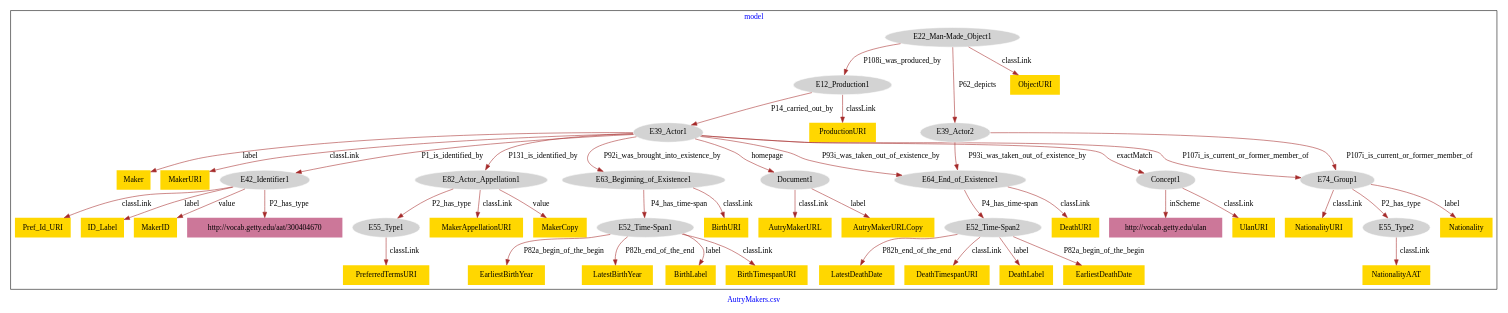
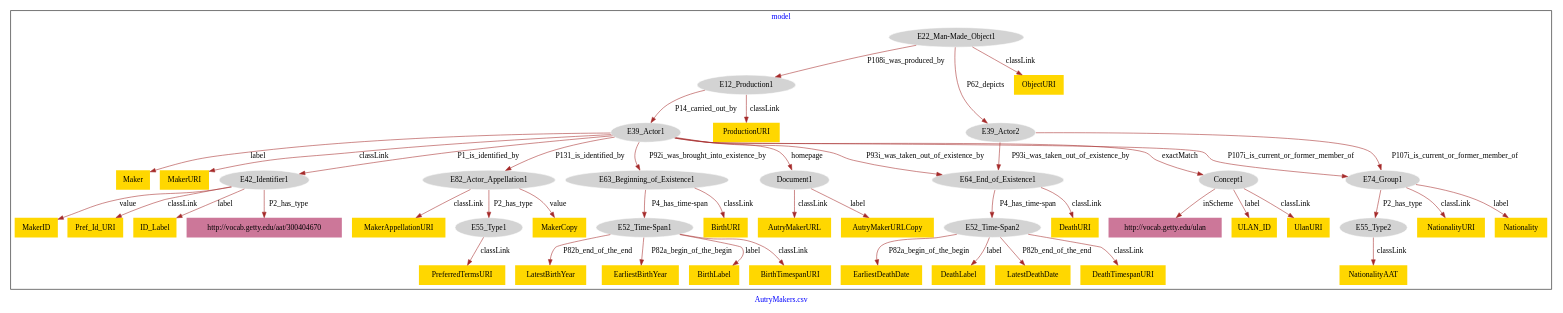
One commit to american-art/autry changed the diagram in AutryMakers/AutryMakers-model.dot. Above: the diagram before and after it, drawn with Graphviz.

Commit message:
Update file AutryMakers-model.dot

```diff
--- a/AutryMakers/AutryMakers-model.dot
+++ b/AutryMakers/AutryMakers-model.dot
@@ -1,95 +1,97 @@
 digraph n0 {
 fontcolor="blue"
 remincross="true"
 label="AutryMakers.csv"
 subgraph cluster {
 label="model"
 n2[style="filled",color="white",fillcolor="lightgray",label="E12_Production1"];
 n3[style="filled",color="white",fillcolor="lightgray",label="E39_Actor1"];
 n4[style="filled",color="white",fillcolor="lightgray",label="E22_Man-Made_Object1"];
 n5[style="filled",color="white",fillcolor="lightgray",label="E39_Actor2"];
 n6[style="filled",color="white",fillcolor="lightgray",label="E42_Identifier1"];
 n7[style="filled",color="white",fillcolor="lightgray",label="E63_Beginning_of_Existence1"];
 n8[style="filled",color="white",fillcolor="lightgray",label="E64_End_of_Existence1"];
 n9[style="filled",color="white",fillcolor="lightgray",label="E82_Actor_Appellation1"];
 n10[style="filled",color="white",fillcolor="lightgray",label="Concept1"];
 n11[style="filled",color="white",fillcolor="lightgray",label="Document1"];
 n12[style="filled",color="white",fillcolor="lightgray",label="E74_Group1"];
 n13[style="filled",color="white",fillcolor="lightgray",label="E52_Time-Span1"];
 n14[style="filled",color="white",fillcolor="lightgray",label="E52_Time-Span2"];
 n15[style="filled",color="white",fillcolor="lightgray",label="E55_Type2"];
 n16[style="filled",color="white",fillcolor="lightgray",label="E55_Type1"];
-n17[shape="plaintext",style="filled",fillcolor="gold",label="BirthURI"];
-n18[shape="plaintext",style="filled",fillcolor="gold",label="ProductionURI"];
-n19[shape="plaintext",style="filled",fillcolor="gold",label="AutryMakerURL"];
-n20[shape="plaintext",style="filled",fillcolor="gold",label="LatestDeathDate"];
-n21[shape="plaintext",style="filled",fillcolor="gold",label="ObjectURI"];
-n22[shape="plaintext",style="filled",fillcolor="gold",label="MakerURI"];
-n23[shape="plaintext",style="filled",fillcolor="gold",label="EarliestBirthYear"];
-n24[shape="plaintext",style="filled",fillcolor="gold",label="MakerAppellationURI"];
-n25[shape="plaintext",style="filled",fillcolor="gold",label="Maker"];
-n26[shape="plaintext",style="filled",fillcolor="gold",label="Nationality"];
-n27[shape="plaintext",style="filled",fillcolor="gold",label="NationalityURI"];
-n28[shape="plaintext",style="filled",fillcolor="gold",label="MakerCopy"];
-n29[shape="plaintext",style="filled",fillcolor="gold",label="PreferredTermsURI"];
-n30[shape="plaintext",style="filled",fillcolor="gold",label="DeathTimespanURI"];
-n31[shape="plaintext",style="filled",fillcolor="gold",label="Pref_Id_URI"];
-n32[shape="plaintext",style="filled",fillcolor="gold",label="DeathLabel"];
-n33[shape="plaintext",style="filled",fillcolor="gold",label="EarliestDeathDate"];
-n34[shape="plaintext",style="filled",fillcolor="gold",label="DeathURI"];
-n35[shape="plaintext",style="filled",fillcolor="gold",label="LatestBirthYear"];
-n36[shape="plaintext",style="filled",fillcolor="gold",label="ID_Label"];
-n37[shape="plaintext",style="filled",fillcolor="gold",label="AutryMakerURLCopy"];
-n38[shape="plaintext",style="filled",fillcolor="gold",label="MakerID"];
-n39[shape="plaintext",style="filled",fillcolor="gold",label="NationalityAAT"];
-n40[shape="plaintext",style="filled",fillcolor="gold",label="BirthLabel"];
-n41[shape="plaintext",style="filled",fillcolor="gold",label="BirthTimespanURI"];
-n42[shape="plaintext",style="filled",fillcolor="gold",label="UlanURI"];
-n43[shape="plaintext",style="filled",fillcolor="#CC7799",label="http://vocab.getty.edu/aat/300404670"];
-n44[shape="plaintext",style="filled",fillcolor="#CC7799",label="http://vocab.getty.edu/ulan"];
+n17[shape="plaintext",style="filled",fillcolor="gold",label="PreferredTermsURI"];
+n18[shape="plaintext",style="filled",fillcolor="gold",label="NationalityAAT"];
+n19[shape="plaintext",style="filled",fillcolor="gold",label="ProductionURI"];
+n20[shape="plaintext",style="filled",fillcolor="gold",label="AutryMakerURLCopy"];
+n21[shape="plaintext",style="filled",fillcolor="gold",label="LatestBirthYear"];
+n22[shape="plaintext",style="filled",fillcolor="gold",label="NationalityURI"];
+n23[shape="plaintext",style="filled",fillcolor="gold",label="EarliestDeathDate"];
+n24[shape="plaintext",style="filled",fillcolor="gold",label="EarliestBirthYear"];
+n25[shape="plaintext",style="filled",fillcolor="gold",label="MakerURI"];
+n26[shape="plaintext",style="filled",fillcolor="gold",label="BirthLabel"];
+n27[shape="plaintext",style="filled",fillcolor="gold",label="Nationality"];
+n28[shape="plaintext",style="filled",fillcolor="gold",label="ULAN_ID"];
+n29[shape="plaintext",style="filled",fillcolor="gold",label="AutryMakerURL"];
+n30[shape="plaintext",style="filled",fillcolor="gold",label="Maker"];
+n31[shape="plaintext",style="filled",fillcolor="gold",label="DeathURI"];
+n32[shape="plaintext",style="filled",fillcolor="gold",label="MakerCopy"];
+n33[shape="plaintext",style="filled",fillcolor="gold",label="MakerID"];
+n34[shape="plaintext",style="filled",fillcolor="gold",label="BirthTimespanURI"];
+n35[shape="plaintext",style="filled",fillcolor="gold",label="DeathLabel"];
+n36[shape="plaintext",style="filled",fillcolor="gold",label="Pref_Id_URI"];
+n37[shape="plaintext",style="filled",fillcolor="gold",label="ID_Label"];
+n38[shape="plaintext",style="filled",fillcolor="gold",label="LatestDeathDate"];
+n39[shape="plaintext",style="filled",fillcolor="gold",label="MakerAppellationURI"];
+n40[shape="plaintext",style="filled",fillcolor="gold",label="UlanURI"];
+n41[shape="plaintext",style="filled",fillcolor="gold",label="DeathTimespanURI"];
+n42[shape="plaintext",style="filled",fillcolor="gold",label="ObjectURI"];
+n43[shape="plaintext",style="filled",fillcolor="gold",label="BirthURI"];
+n44[shape="plaintext",style="filled",fillcolor="#CC7799",label="http://vocab.getty.edu/aat/300404670"];
+n45[shape="plaintext",style="filled",fillcolor="#CC7799",label="http://vocab.getty.edu/ulan"];
 }
 n2 -> n3[color="brown",fontcolor="black",label="P14_carried_out_by"]
 n4 -> n2[color="brown",fontcolor="black",label="P108i_was_produced_by"]
 n4 -> n5[color="brown",fontcolor="black",label="P62_depicts"]
 n3 -> n6[color="brown",fontcolor="black",label="P1_is_identified_by"]
 n3 -> n7[color="brown",fontcolor="black",label="P92i_was_brought_into_existence_by"]
 n3 -> n8[color="brown",fontcolor="black",label="P93i_was_taken_out_of_existence_by"]
 n3 -> n9[color="brown",fontcolor="black",label="P131_is_identified_by"]
 n3 -> n10[color="brown",fontcolor="black",label="exactMatch"]
 n3 -> n11[color="brown",fontcolor="black",label="homepage"]
 n5 -> n12[color="brown",fontcolor="black",label="P107i_is_current_or_former_member_of"]
 n7 -> n13[color="brown",fontcolor="black",label="P4_has_time-span"]
 n8 -> n14[color="brown",fontcolor="black",label="P4_has_time-span"]
 n12 -> n15[color="brown",fontcolor="black",label="P2_has_type"]
 n9 -> n16[color="brown",fontcolor="black",label="P2_has_type"]
-n7 -> n17[color="brown",fontcolor="black",label="classLink"]
-n2 -> n18[color="brown",fontcolor="black",label="classLink"]
-n11 -> n19[color="brown",fontcolor="black",label="classLink"]
-n14 -> n20[color="brown",fontcolor="black",label="P82b_end_of_the_end"]
-n4 -> n21[color="brown",fontcolor="black",label="classLink"]
-n3 -> n22[color="brown",fontcolor="black",label="classLink"]
-n13 -> n23[color="brown",fontcolor="black",label="P82a_begin_of_the_begin"]
-n9 -> n24[color="brown",fontcolor="black",label="classLink"]
-n3 -> n25[color="brown",fontcolor="black",label="label"]
-n12 -> n26[color="brown",fontcolor="black",label="label"]
-n12 -> n27[color="brown",fontcolor="black",label="classLink"]
-n9 -> n28[color="brown",fontcolor="black",label="value"]
-n16 -> n29[color="brown",fontcolor="black",label="classLink"]
-n14 -> n30[color="brown",fontcolor="black",label="classLink"]
-n6 -> n31[color="brown",fontcolor="black",label="classLink"]
-n14 -> n32[color="brown",fontcolor="black",label="label"]
-n14 -> n33[color="brown",fontcolor="black",label="P82a_begin_of_the_begin"]
-n8 -> n34[color="brown",fontcolor="black",label="classLink"]
-n13 -> n35[color="brown",fontcolor="black",label="P82b_end_of_the_end"]
-n6 -> n36[color="brown",fontcolor="black",label="label"]
-n11 -> n37[color="brown",fontcolor="black",label="label"]
-n6 -> n38[color="brown",fontcolor="black",label="value"]
-n15 -> n39[color="brown",fontcolor="black",label="classLink"]
-n13 -> n40[color="brown",fontcolor="black",label="label"]
-n13 -> n41[color="brown",fontcolor="black",label="classLink"]
-n10 -> n42[color="brown",fontcolor="black",label="classLink"]
+n16 -> n17[color="brown",fontcolor="black",label="classLink"]
+n15 -> n18[color="brown",fontcolor="black",label="classLink"]
+n2 -> n19[color="brown",fontcolor="black",label="classLink"]
+n11 -> n20[color="brown",fontcolor="black",label="label"]
+n13 -> n21[color="brown",fontcolor="black",label="P82b_end_of_the_end"]
+n12 -> n22[color="brown",fontcolor="black",label="classLink"]
+n14 -> n23[color="brown",fontcolor="black",label="P82a_begin_of_the_begin"]
+n13 -> n24[color="brown",fontcolor="black",label="P82a_begin_of_the_begin"]
+n3 -> n25[color="brown",fontcolor="black",label="classLink"]
+n13 -> n26[color="brown",fontcolor="black",label="label"]
+n12 -> n27[color="brown",fontcolor="black",label="label"]
+n10 -> n28[color="brown",fontcolor="black",label="label"]
+n11 -> n29[color="brown",fontcolor="black",label="classLink"]
+n3 -> n30[color="brown",fontcolor="black",label="label"]
+n8 -> n31[color="brown",fontcolor="black",label="classLink"]
+n9 -> n32[color="brown",fontcolor="black",label="value"]
+n6 -> n33[color="brown",fontcolor="black",label="value"]
+n13 -> n34[color="brown",fontcolor="black",label="classLink"]
+n14 -> n35[color="brown",fontcolor="black",label="label"]
+n6 -> n36[color="brown",fontcolor="black",label="classLink"]
+n6 -> n37[color="brown",fontcolor="black",label="label"]
+n14 -> n38[color="brown",fontcolor="black",label="P82b_end_of_the_end"]
+n9 -> n39[color="brown",fontcolor="black",label="classLink"]
+n10 -> n40[color="brown",fontcolor="black",label="classLink"]
+n14 -> n41[color="brown",fontcolor="black",label="classLink"]
+n4 -> n42[color="brown",fontcolor="black",label="classLink"]
+n7 -> n43[color="brown",fontcolor="black",label="classLink"]
 n5 -> n8[color="brown",fontcolor="black",label="P93i_was_taken_out_of_existence_by"]
-n6 -> n43[color="brown",fontcolor="black",label="P2_has_type"]
-n10 -> n44[color="brown",fontcolor="black",label="inScheme"]
+n6 -> n44[color="brown",fontcolor="black",label="P2_has_type"]
+n10 -> n45[color="brown",fontcolor="black",label="inScheme"]
 n3 -> n12[color="brown",fontcolor="black",label="P107i_is_current_or_former_member_of"]
 }
```
